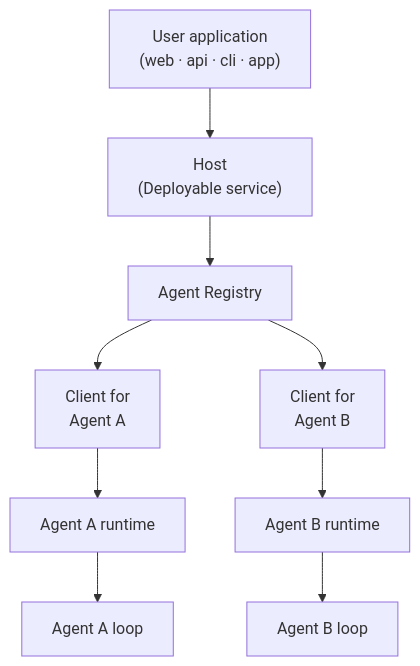
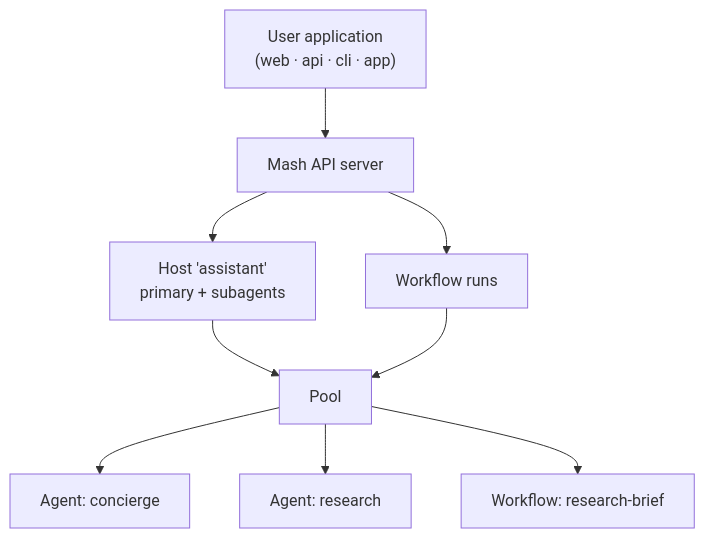
Before and after one commit to imsid/mashpy: the diagram in docs/posts/product-brief.md, drawn with Mermaid. The commit also changed other lines of this file and 3 other files, not shown here.

First line of the commit message:
docs(blog): positioning post, product-brief rewrite, workflow-only shape (#161)

````diff
--- a/docs/posts/product-brief.md
+++ b/docs/posts/product-brief.md
@@ -49,11 +89,11 @@
 ```mermaid
 flowchart TD
-    U["User application<br/>(web · api · cli · app)"] --> H["Host<br/>(Deployable service)"]
-    H --> R["Agent Registry"]
-    R --> C1["Client for <br/>Agent A"]
-    R --> C2["Client for <br/>Agent B"]
-    C1 --> A1["Agent A runtime"]
-    C2 --> A2["Agent B runtime"]
-    A1 --> E1["Agent A loop"]
-    A2 --> E2["Agent B loop"]
+    U["User application<br/>(web · api · cli · app)"] --> API["Mash API server"]
+    API --> HO["Host 'assistant'<br/>primary + subagents"]
+    API --> WF["Workflow runs"]
+    HO --> P["Pool"]
+    WF --> P
+    P --> A1["Agent: concierge"]
+    P --> A2["Agent: research"]
+    P --> W1["Workflow: research-brief"]
 ```
````
